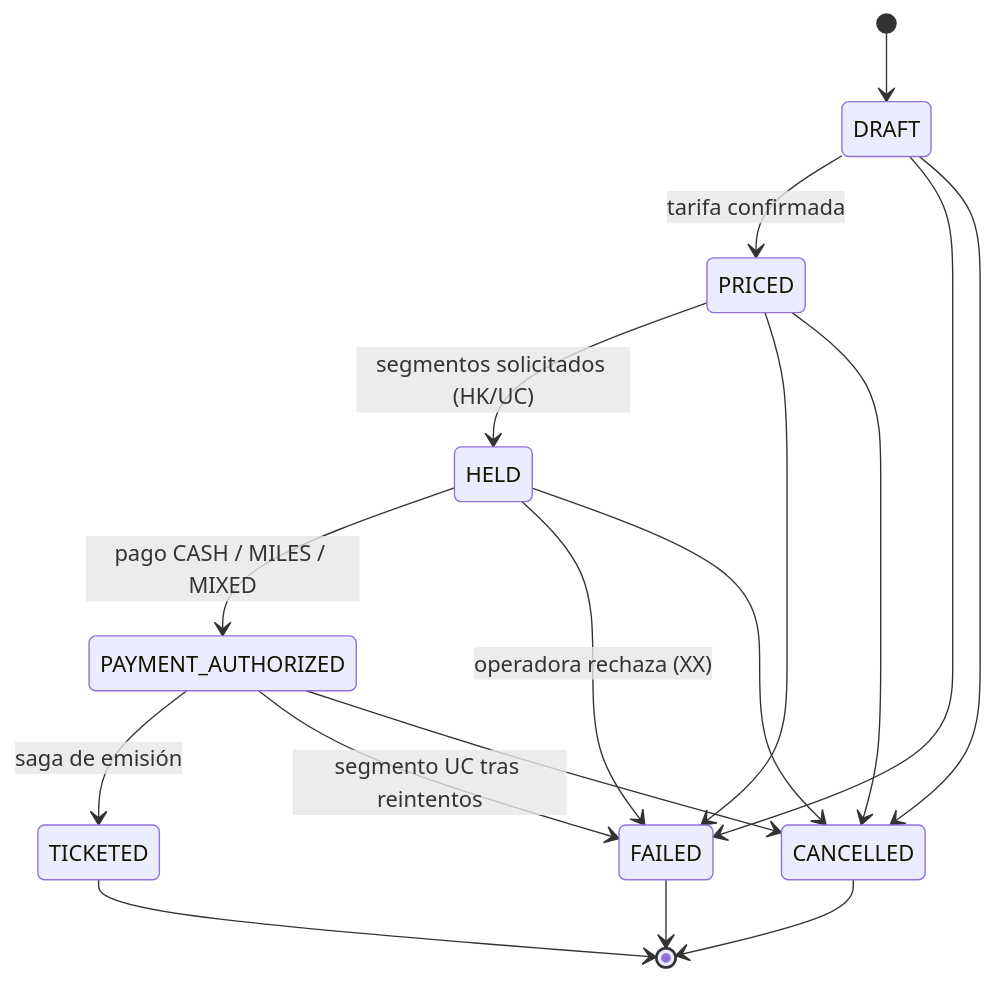
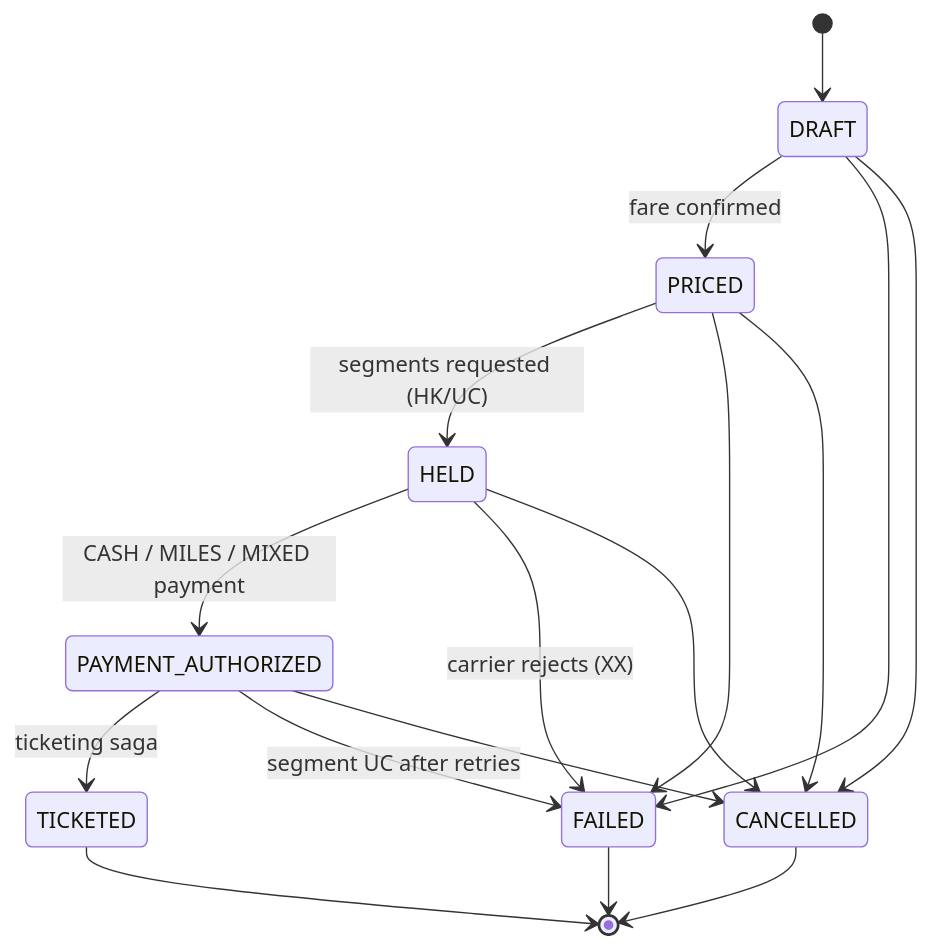
Before and after one commit to marinellysfigueroa/interline-booking-manager: the third of 4 diagrams in README.md, drawn with Mermaid. The commit also changed other lines of this file and 3 other files, not shown here.

````diff
--- a/README.md
+++ b/README.md
@@ -85,19 +87,19 @@
 ```mermaid
 stateDiagram-v2
   [*] --> DRAFT
-  DRAFT --> PRICED: tarifa confirmada
-  PRICED --> HELD: segmentos solicitados (HK/UC)
-  HELD --> PAYMENT_AUTHORIZED: pago CASH / MILES / MIXED
-  PAYMENT_AUTHORIZED --> TICKETED: saga de emisión
+  DRAFT --> PRICED: fare confirmed
+  PRICED --> HELD: segments requested (HK/UC)
+  HELD --> PAYMENT_AUTHORIZED: CASH / MILES / MIXED payment
+  PAYMENT_AUTHORIZED --> TICKETED: ticketing saga
   DRAFT --> FAILED
   PRICED --> FAILED
-  HELD --> FAILED: operadora rechaza (XX)
-  PAYMENT_AUTHORIZED --> FAILED: segmento UC tras reintentos
+  HELD --> FAILED: carrier rejects (XX)
+  PAYMENT_AUTHORIZED --> FAILED: segment UC after retries
   DRAFT --> CANCELLED
   PRICED --> CANCELLED
   HELD --> CANCELLED
   PAYMENT_AUTHORIZED --> CANCELLED
   TICKETED --> [*]
   FAILED --> [*]
   CANCELLED --> [*]
 ```
````
